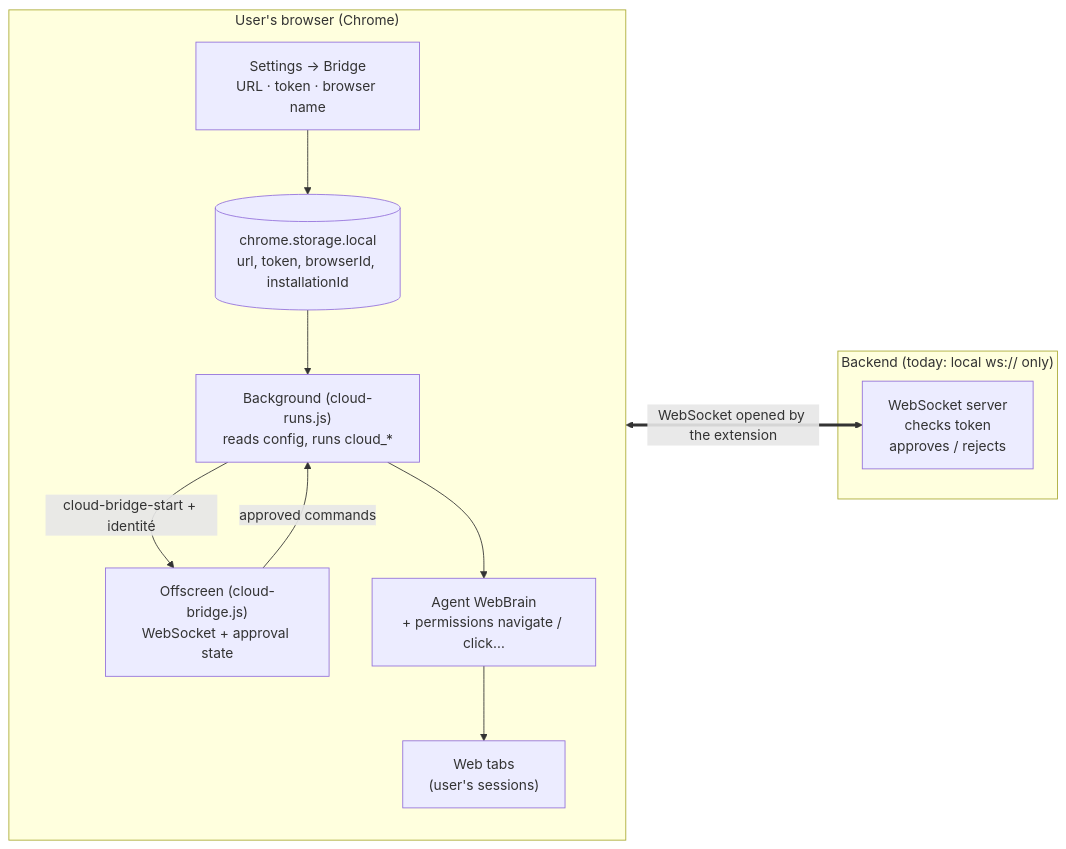
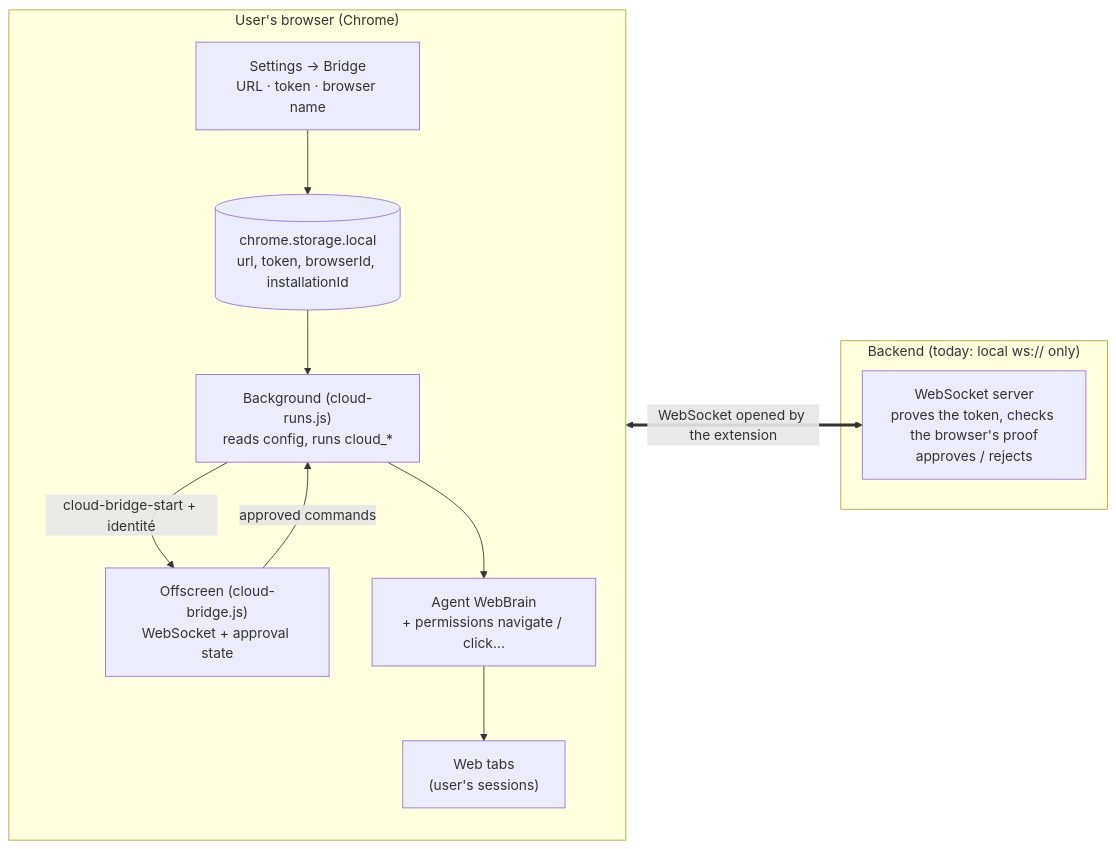
The diagram in docs/cloud-bridge-browser-approval.md (16Miku/webbrain), drawn with Mermaid before and after one commit. The commit also changed other lines of this file and 11 other files, not shown here.

````diff
--- a/docs/cloud-bridge-browser-approval.md
+++ b/docs/cloud-bridge-browser-approval.md
@@ -11,20 +13,20 @@
 ```mermaid
 flowchart LR
   subgraph Browser["User's browser (Chrome)"]
     direction TB
     S["Settings → Bridge<br/>URL · token · browser name"]
     ST[("chrome.storage.local<br/>url, token, browserId, installationId")]
     BG["Background (cloud-runs.js)<br/>reads config, runs cloud_*"]
     OFF["Offscreen (cloud-bridge.js)<br/>WebSocket + approval state"]
     AG["Agent WebBrain<br/>+ permissions navigate / click…"]
     TAB["Web tabs<br/>(user's sessions)"]
     S --> ST --> BG
     BG -- "cloud-bridge-start + identité" --> OFF
     OFF -- "approved commands" --> BG
     BG --> AG --> TAB
   end
   subgraph Backend["Backend (today: local ws:// only)"]
-    SRV["WebSocket server<br/>checks token<br/>approves / rejects"]
+    SRV["WebSocket server<br/>proves the token, checks the browser's proof<br/>approves / rejects"]
   end
   OFF <== "WebSocket opened by the extension" ==> SRV
 ```
````
